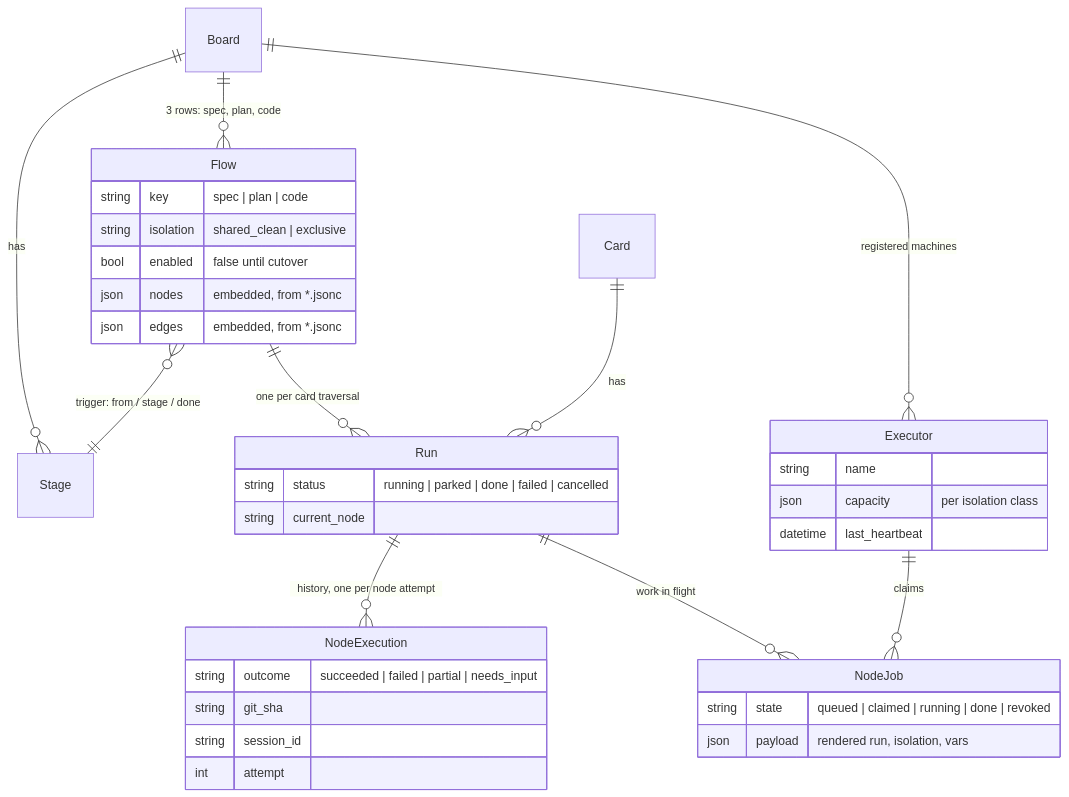
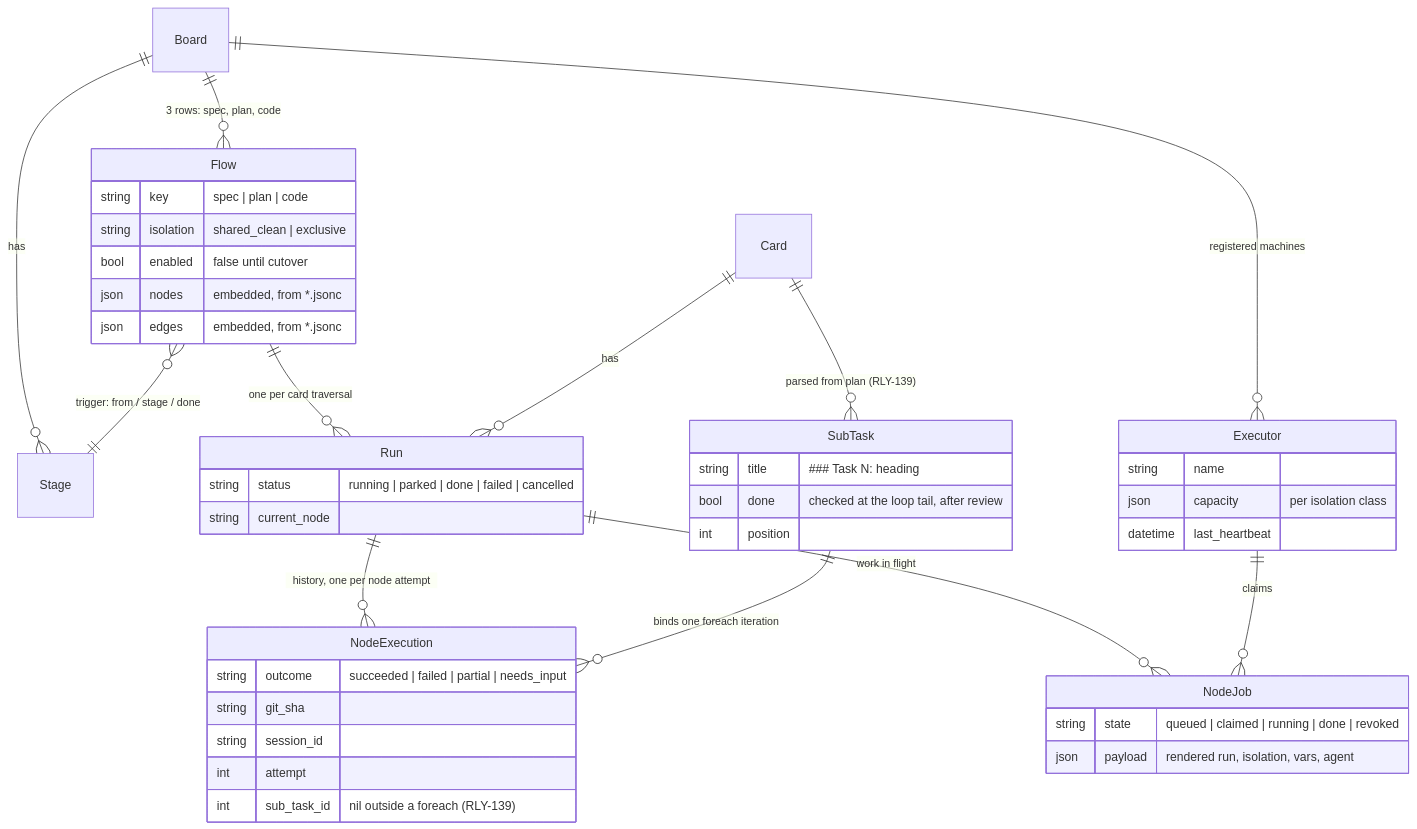
Before and after one commit to jeremylightsmith/relay: the diagram in docs/designs/flows/worked-example.md, drawn with Mermaid. The commit also changed other lines of this file and 61 other files, not shown here.

First line of the commit message:
rly 139 w13 decompose the code flow (#120)

````diff
--- a/docs/designs/flows/worked-example.md
+++ b/docs/designs/flows/worked-example.md
@@ -194,39 +207,47 @@
 ```mermaid
 erDiagram
     Board ||--o{ Stage : has
     Board ||--o{ Flow : "3 rows: spec, plan, code"
     Flow }o--|| Stage : "trigger: from / stage / done"
     Flow ||--o{ Run : "one per card traversal"
     Card ||--o{ Run : has
+    Card ||--o{ SubTask : "parsed from plan (RLY-139)"
     Run ||--o{ NodeExecution : "history, one per node attempt"
     Run ||--o{ NodeJob : "work in flight"
+    SubTask ||--o{ NodeExecution : "binds one foreach iteration"
     Executor ||--o{ NodeJob : claims
     Board ||--o{ Executor : "registered machines"
 
     Flow {
         string key "spec | plan | code"
         string isolation "shared_clean | exclusive"
         bool enabled "false until cutover"
         json nodes "embedded, from *.jsonc"
         json edges "embedded, from *.jsonc"
     }
     Run {
         string status "running | parked | done | failed | cancelled"
         string current_node
     }
+    SubTask {
+        string title "### Task N: <name> heading"
+        bool done "checked at the loop tail, after review"
+        int position
+    }
     NodeExecution {
         string outcome "succeeded | failed | partial | needs_input"
         string git_sha
         string session_id
         int attempt
+        int sub_task_id "nil outside a foreach (RLY-139)"
     }
     NodeJob {
         string state "queued | claimed | running | done | revoked"
-        json payload "rendered run, isolation, vars"
+        json payload "rendered run, isolation, vars, agent"
     }
     Executor {
         string name
         json capacity "per isolation class"
         datetime last_heartbeat
     }
 ```
````
